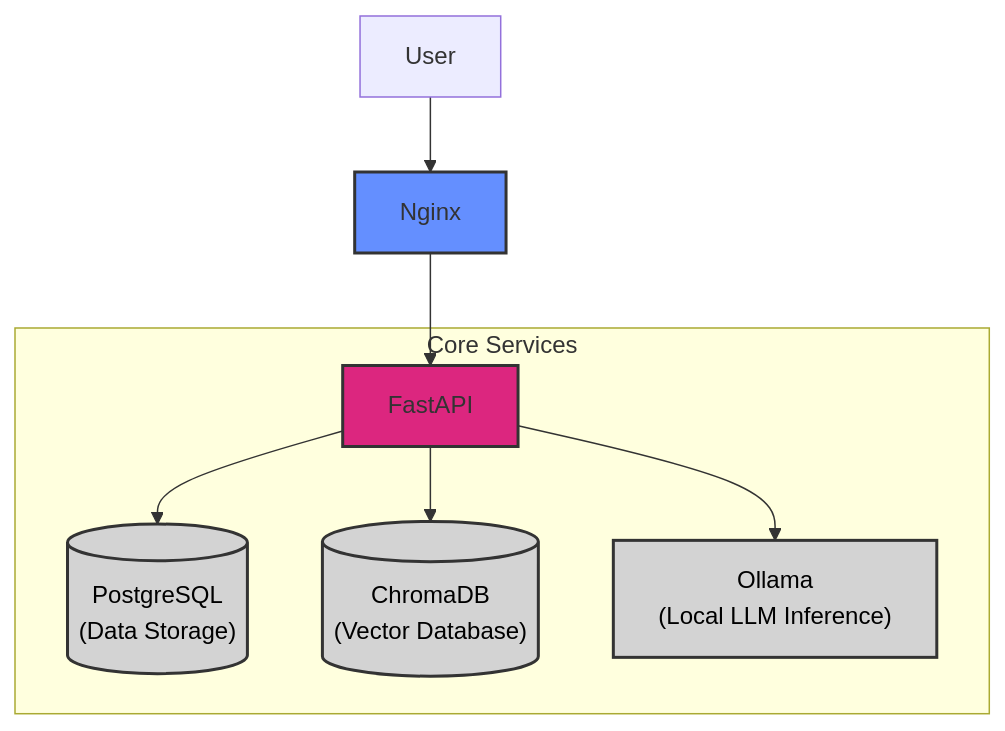
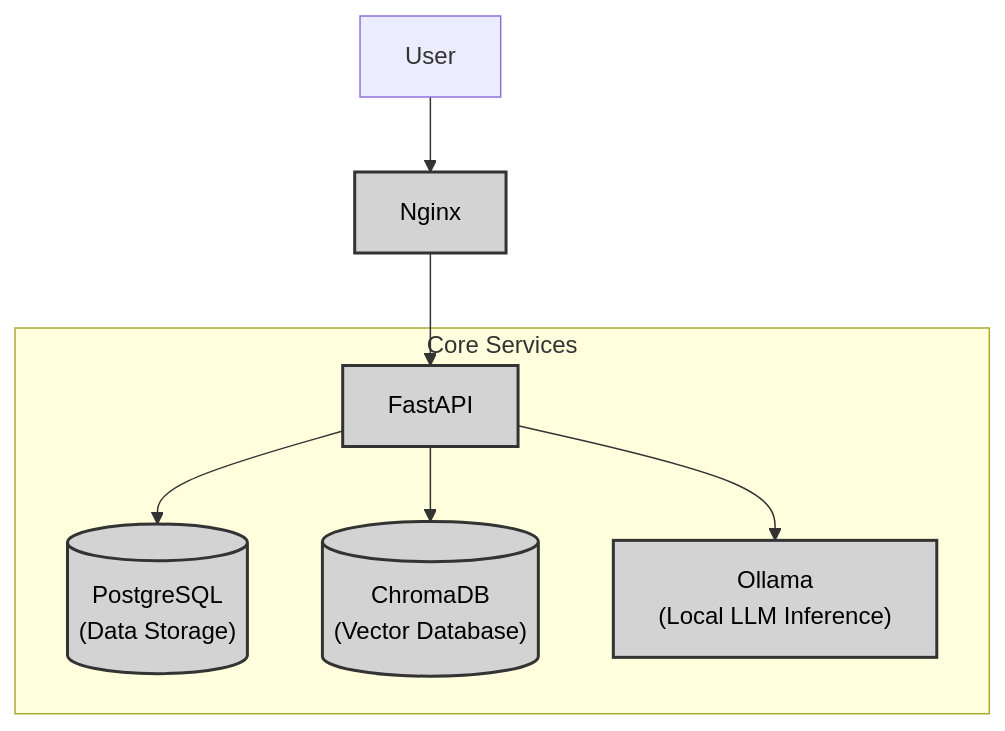
The first of 2 diagrams in README.md (a-herlaud/personal_assistant), drawn with Mermaid before and after one commit. The commit also changed other lines of this file, not shown here.

First line of the commit message:
doc(README): Agent Architecture

````diff
--- a/README.md
+++ b/README.md
@@ -60,23 +60,23 @@
 ```mermaid
 graph TD
     User --> Nginx
     Nginx --> FastAPI
     subgraph Core Services
         FastAPI --> PostgreSQL
         FastAPI --> ChromaDB
         FastAPI --> Ollama
     end
 
     PostgreSQL[("PostgreSQL
 (Data Storage)")]
     ChromaDB[("ChromaDB
 (Vector Database)")]
     Ollama["Ollama
 (Local LLM Inference)"]
 
-    style FastAPI fill:#DC267F,stroke:#333,stroke-width:2px
-    style Nginx fill:#648FFF,stroke:#333,stroke-width:2px
+    style FastAPI fill:#D3D3D3,stroke:#333,stroke-width:2px,color:#000
+    style Nginx fill:#D3D3D3,stroke:#333,stroke-width:2px, color:#000
     style PostgreSQL fill:#D3D3D3,stroke:#333,stroke-width:2px,color:#000
     style ChromaDB fill:#D3D3D3,stroke:#333,stroke-width:2px,color:#000
     style Ollama fill:#D3D3D3,stroke:#333,stroke-width:2px,color:#000
 ```
````
